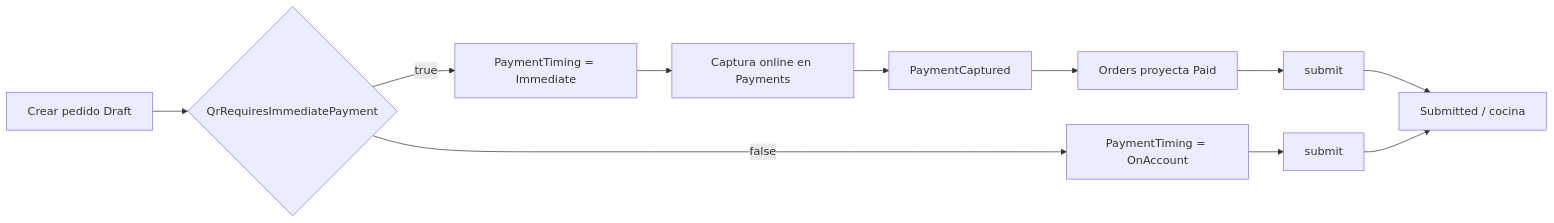
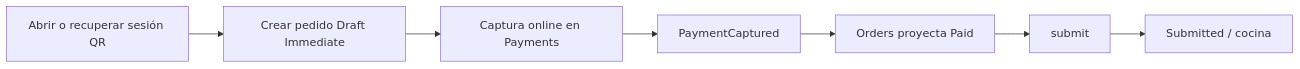
Before and after one commit to sergioocode/Restaurantes: the fifth of 7 diagrams in docs/Orders.README.md, drawn with Mermaid. The commit also changed other lines of this file and 53 other files, not shown here.

````diff
--- a/docs/Orders.README.md
+++ b/docs/Orders.README.md
@@ -307,15 +301,9 @@
 ```mermaid
 flowchart LR
-    A[Crear pedido Draft] --> B{QrRequiresImmediatePayment}
-
-    B -- true --> C[PaymentTiming = Immediate]
-    C --> D[Captura online en Payments]
-    D --> E[PaymentCaptured]
-    E --> F[Orders proyecta Paid]
-    F --> G[submit]
-    G --> H[Submitted / cocina]
-
-    B -- false --> I[PaymentTiming = OnAccount]
-    I --> J[submit]
-    J --> H
+    A[Abrir o recuperar sesión QR] --> B[Crear pedido Draft Immediate]
+    B --> C[Captura online en Payments]
+    C --> D[PaymentCaptured]
+    D --> E[Orders proyecta Paid]
+    E --> F[submit]
+    F --> G[Submitted / cocina]
 ```
````
